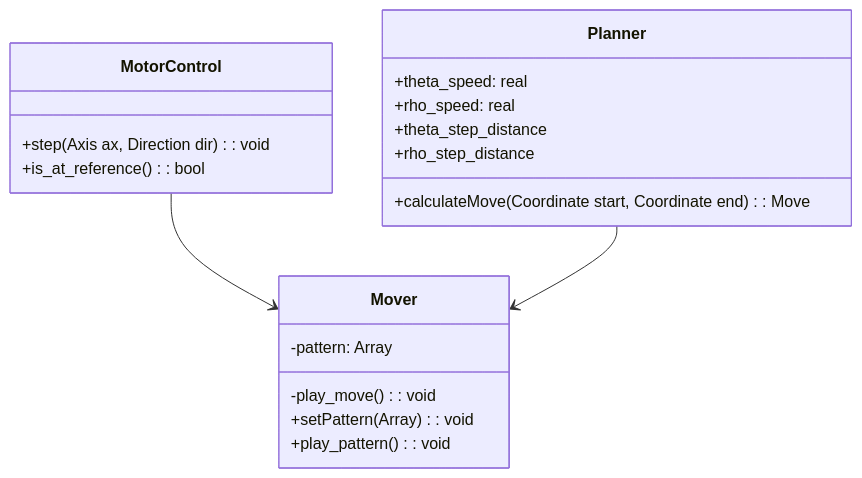
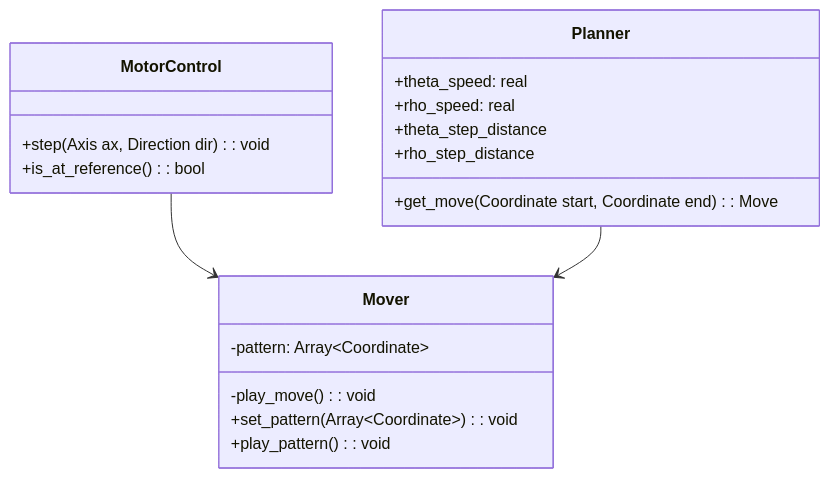
One commit to mpinder0/mini-sandtable-polar-esp32 changed the first of 3 diagrams in docs/software_design.md. Above: the diagram before and after it, drawn with Mermaid. The commit also changed other lines of this file and 5 other files, not shown here.

````diff
--- a/docs/software_design.md
+++ b/docs/software_design.md
@@ -7,25 +7,25 @@
 ```mermaid
 classDiagram
     class MotorControl {
         +step(Axis ax, Direction dir): void
         +is_at_reference(): bool
     }
 
     class Mover {
-        -pattern: Array<Coordinate>
+        -pattern: Array~Coordinate~
         -play_move(): void
-        +setPattern(Array<Coordinate>): void
+        +set_pattern(Array~Coordinate~): void
         +play_pattern(): void
     }
 
     class Planner {
         +theta_speed: real
         +rho_speed: real
         +theta_step_distance
         +rho_step_distance
-        +calculateMove(Coordinate start, Coordinate end): Move
+        +get_move(Coordinate start, Coordinate end): Move
     }
 
     MotorControl --> Mover
     Planner --> Mover
 ```
````
